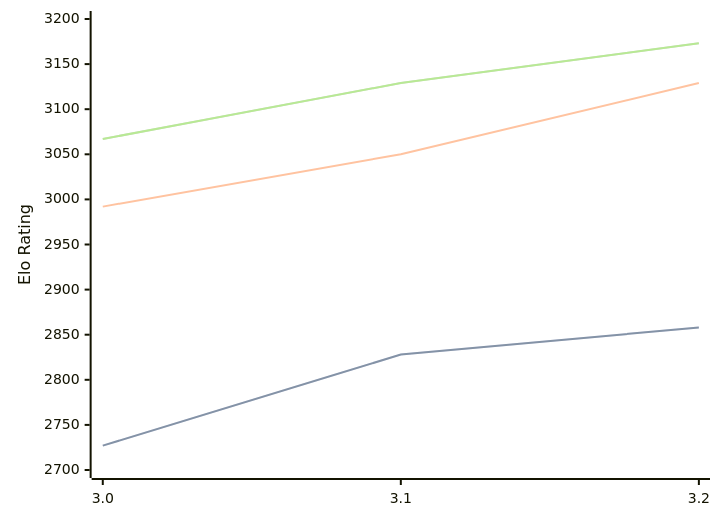
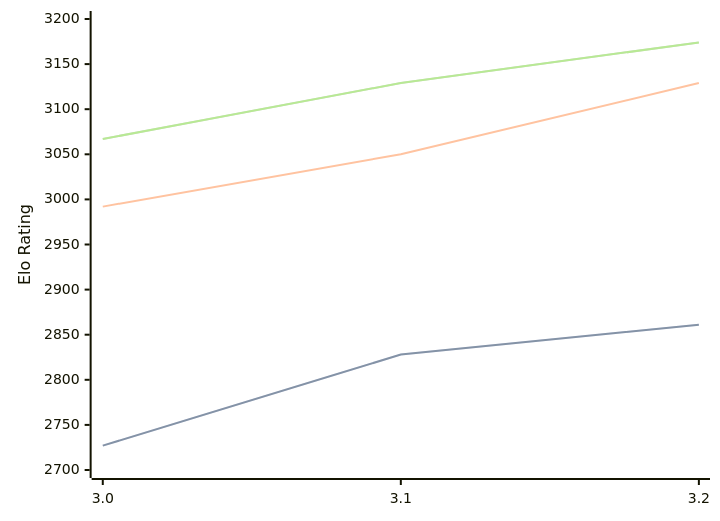
One commit to computer-chess-index/cci changed the diagram in engines/Vajolet2.md. Above: the diagram before and after it, drawn with Mermaid. The commit also changed other lines of this file, not shown here.

Commit message:
Update CCI Ratings (ELO VLTC) - 2026-08-30

````diff
--- a/engines/Vajolet2.md
+++ b/engines/Vajolet2.md
@@ -33,11 +33,11 @@
 ```mermaid
 %%{init: {"theme":"base","themeVariables":{"seriesColors:['#a3a3a3','#222221','#faa371']}}}%%
 xychart-beta
   x-axis ["3.0", "3.1", "3.2"]
   y-axis "Elo Rating" 2700 --> 3200
-  line "" [2727, 2828, 2858]
-  line "STC (8.0+0.08s)" [2727, 2828, 2858]
+  line "" [2727, 2828, 2861]
+  line "STC (8.0+0.08s)" [2727, 2828, 2861]
   line "LTC (60.0+0.60s)" [2992, 3050, 3129]
-  line "" [3067, 3129, 3173]
-  line "VLTC (2m24s+1.12s)" [3067, 3129, 3173]
+  line "" [3067, 3129, 3174]
+  line "VLTC (2m24s+1.12s)" [3067, 3129, 3174]
 ```
````
